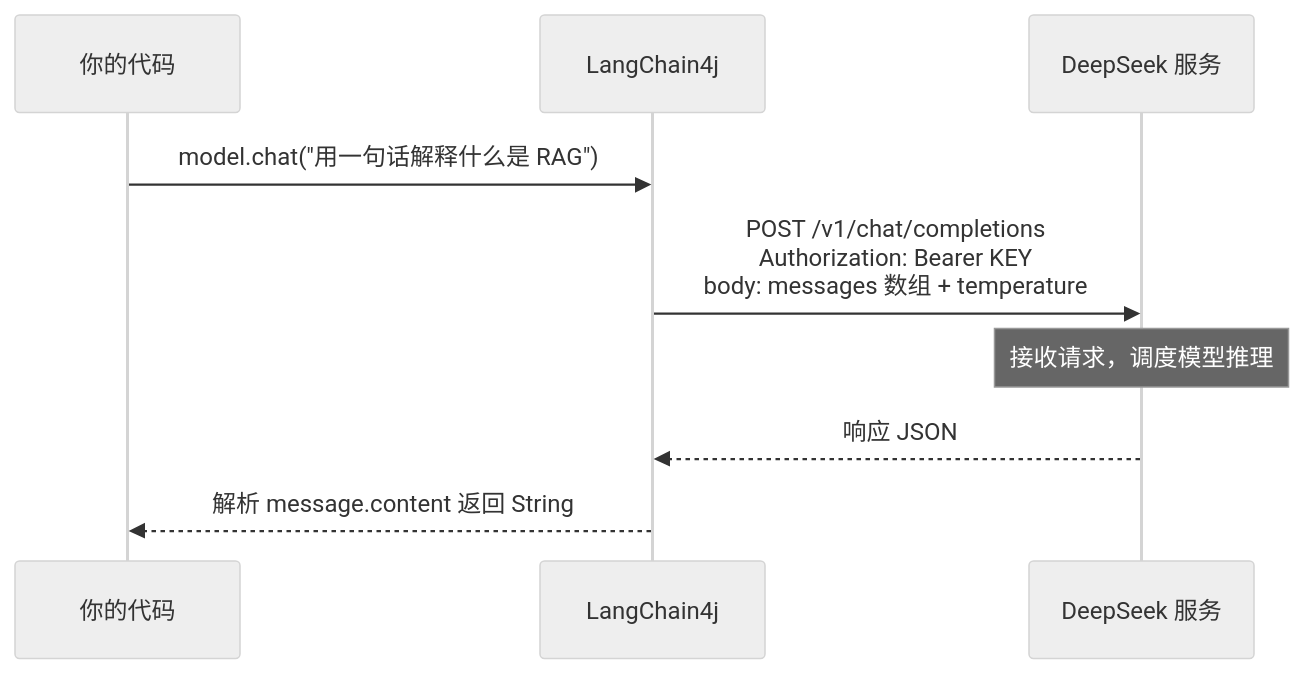
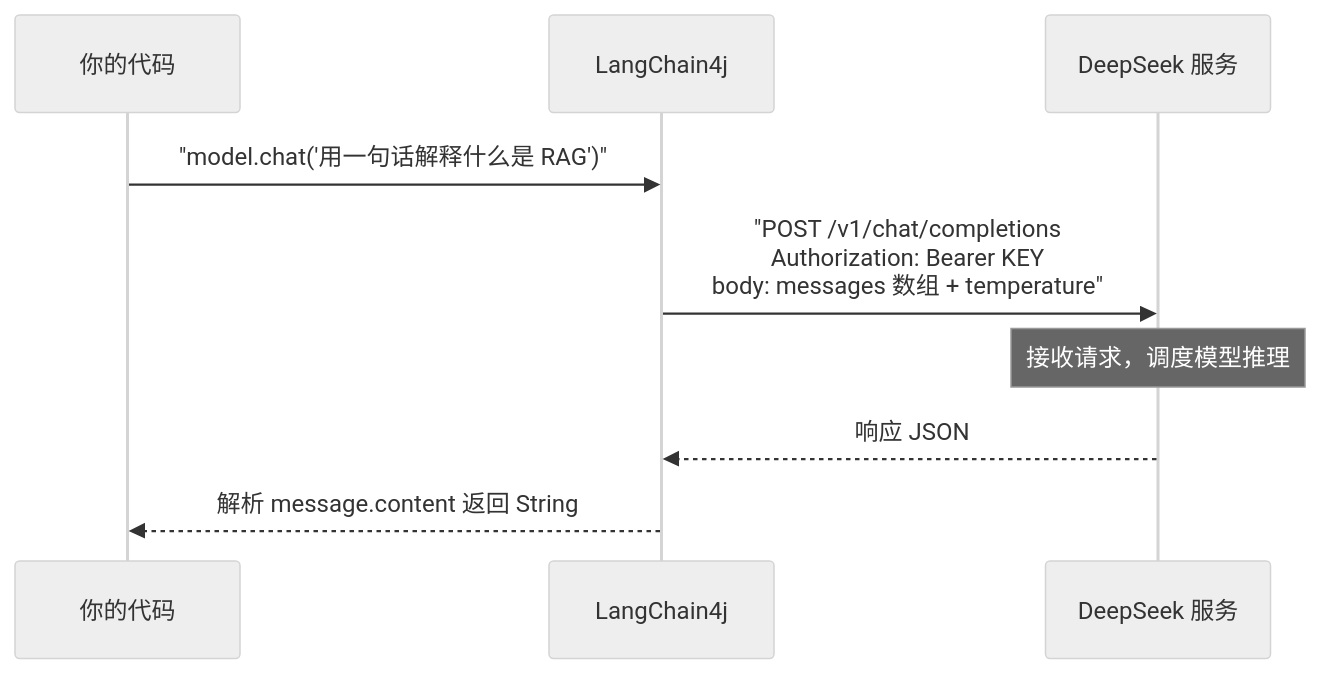
The second of 3 diagrams in docs/tutorials/langchain4j/01-快速起步.md (UranusGit/java-agent-learn), drawn with Mermaid (neutral theme) before and after one commit. The commit also changed 137 other files, not shown here.

First line of the commit message:
docs全库mermaid图质量深化：改写残留字符画、补缺图、修坏图

````diff
--- a/docs/tutorials/langchain4j/01-快速起步.md
+++ b/docs/tutorials/langchain4j/01-快速起步.md
@@ -204,11 +204,11 @@
 ```mermaid
 sequenceDiagram
     participant Code as 你的代码
     participant L4J as LangChain4j
     participant DS as DeepSeek 服务
-    Code->>L4J: model.chat("用一句话解释什么是 RAG")
-    L4J->>DS: POST /v1/chat/completions<br/>Authorization: Bearer KEY<br/>body: messages 数组 + temperature
+    Code->>L4J: "model.chat('用一句话解释什么是 RAG')"
+    L4J->>DS: "POST /v1/chat/completions<br/>Authorization: Bearer KEY<br/>body: messages 数组 + temperature"
     Note over DS: 接收请求，调度模型推理
     DS-->>L4J: 响应 JSON
     L4J-->>Code: 解析 message.content 返回 String
 ```
````
